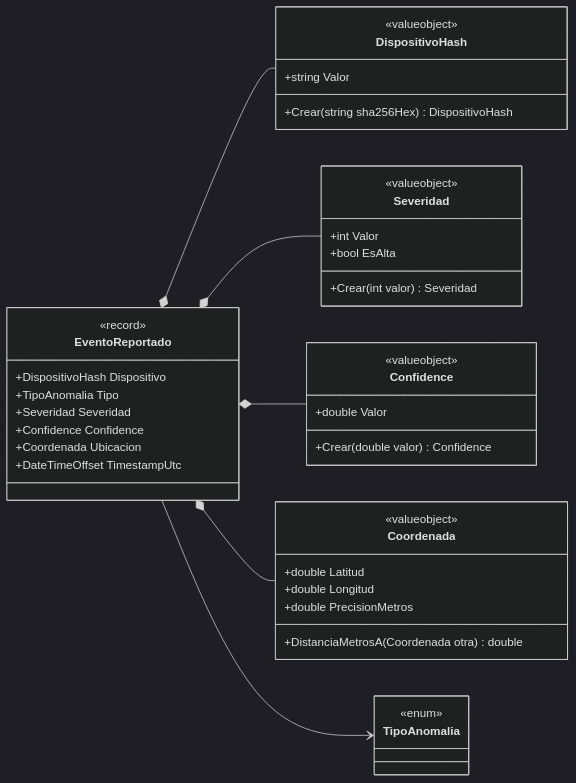
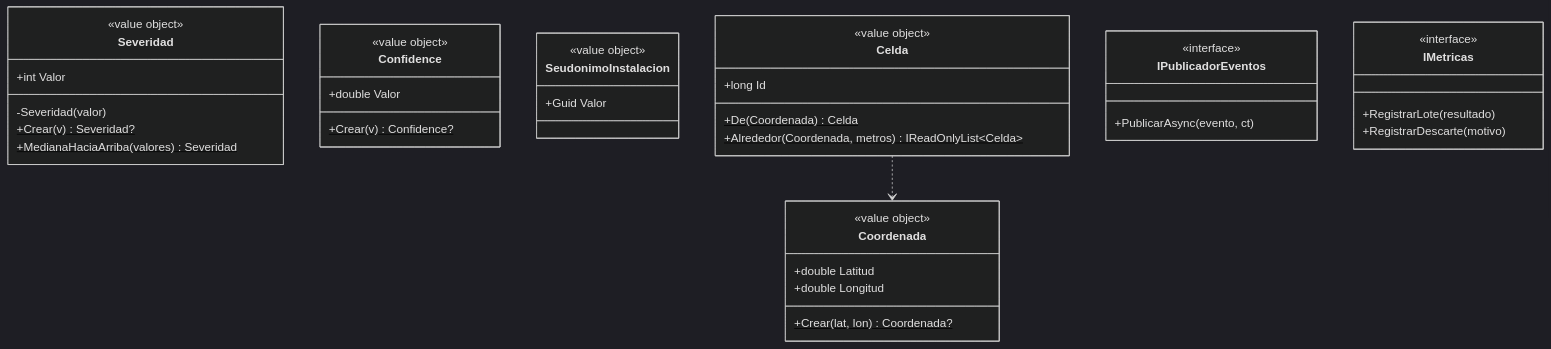
The second of 6 diagrams in docs/04-modelo-C4/Nivel4-diagrama-de-codigo.md (Crisso29/KillaUru_Sprint01), drawn with Mermaid (dark theme) before and after one commit. The commit also changed other lines of this file and 15 other files, not shown here.

````diff
--- a/docs/04-modelo-C4/Nivel4-diagrama-de-codigo.md
+++ b/docs/04-modelo-C4/Nivel4-diagrama-de-codigo.md
@@ -108,44 +58,41 @@
 ```mermaid
 classDiagram
-    direction LR
-    class EventoReportado {
-        <<record>>
-        +DispositivoHash Dispositivo
-        +TipoAnomalia Tipo
-        +Severidad Severidad
-        +Confidence Confidence
-        +Coordenada Ubicacion
-        +DateTimeOffset TimestampUtc
-    }
     class Coordenada {
-        <<valueobject>>
+        <<value object>>
         +double Latitud
         +double Longitud
-        +double PrecisionMetros
-        +DistanciaMetrosA(Coordenada otra) double
+        +Crear(lat, lon)$ Coordenada?
     }
     class Severidad {
-        <<valueobject>>
+        <<value object>>
         +int Valor
-        +bool EsAlta
-        +Crear(int valor) Severidad
+        -Severidad(valor)
+        +Crear(v)$ Severidad?
+        +MedianaHaciaArriba(valores)$ Severidad
     }
     class Confidence {
-        <<valueobject>>
+        <<value object>>
         +double Valor
-        +Crear(double valor) Confidence
+        +Crear(v)$ Confidence?
     }
-    class DispositivoHash {
-        <<valueobject>>
-        +string Valor
-        +Crear(string sha256Hex) DispositivoHash
+    class SeudonimoInstalacion {
+        <<value object>>
+        +Guid Valor
     }
-    class TipoAnomalia {
-        <<enum>>
+    class Celda {
+        <<value object>>
+        +long Id
+        +De(Coordenada)$ Celda
+        +Alrededor(Coordenada, metros)$ IReadOnlyList~Celda~
     }
-    EventoReportado *-- DispositivoHash
-    EventoReportado *-- Severidad
-    EventoReportado *-- Confidence
-    EventoReportado *-- Coordenada
-    EventoReportado --> TipoAnomalia
+    class IPublicadorEventos {
+        <<interface>>
+        +PublicarAsync(evento, ct)
+    }
+    class IMetricas {
+        <<interface>>
+        +RegistrarLote(resultado)
+        +RegistrarDescarte(motivo)
+    }
+    Celda ..> Coordenada
 ```
````
